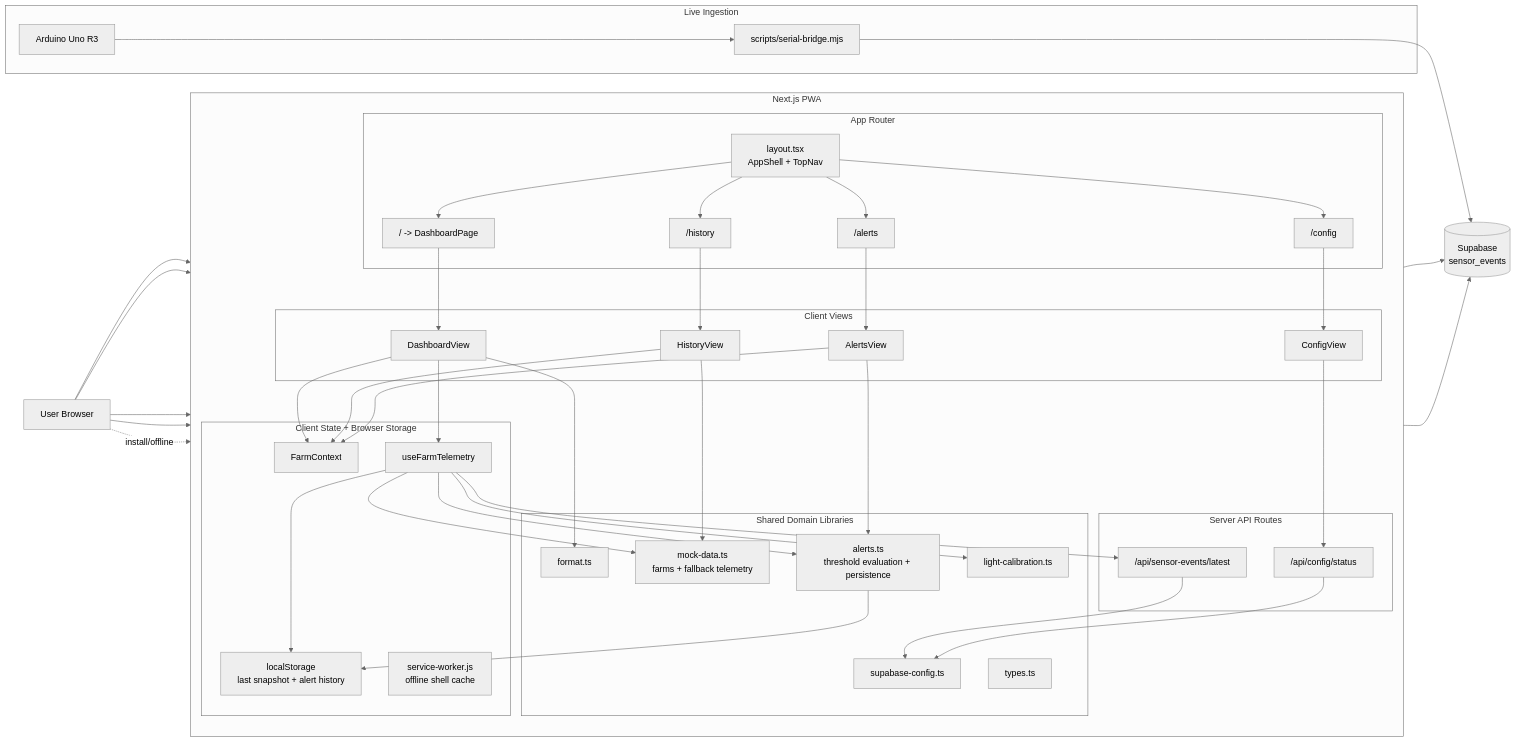
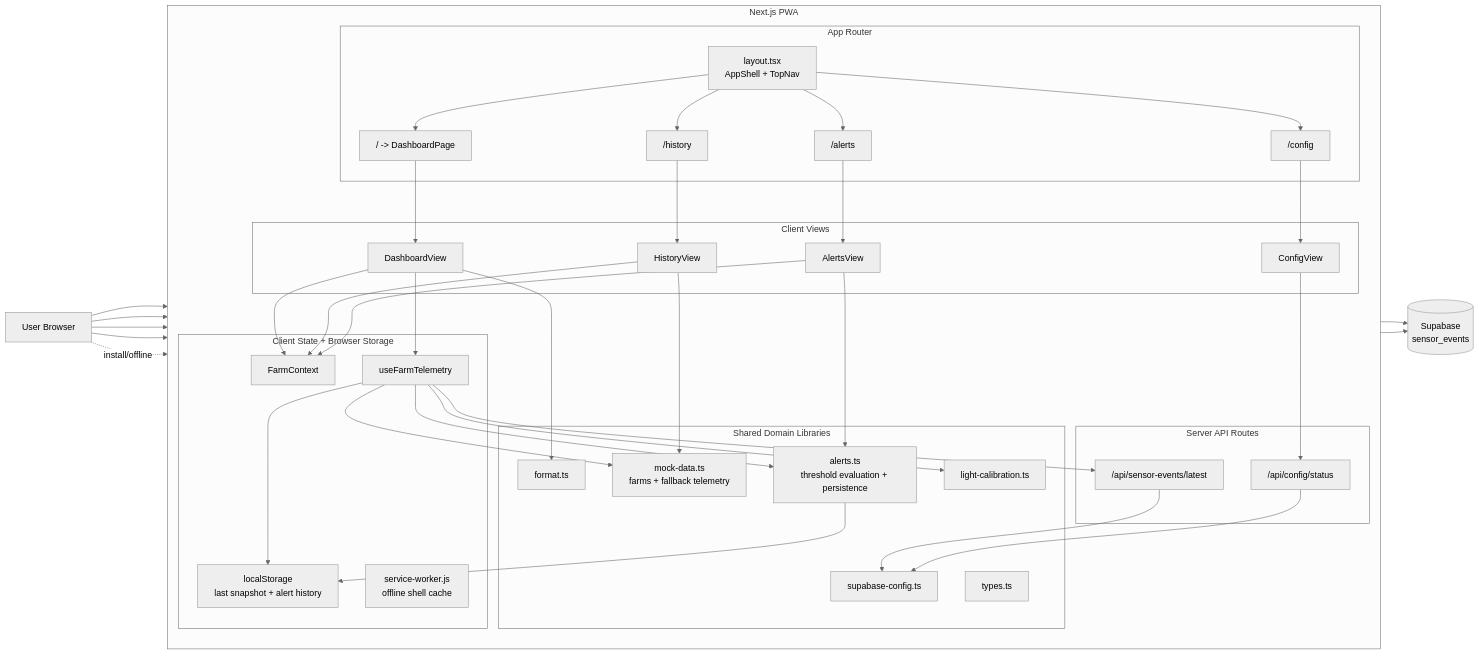
One commit to Ca1eb9/verdant-os changed the first of 2 diagrams in web/docs/uml.md. Above: the diagram before and after it, drawn with Mermaid (neutral theme). The commit also changed other lines of this file and 23 other files, not shown here.

````diff
--- a/web/docs/uml.md
+++ b/web/docs/uml.md
@@ -48,11 +53,6 @@
         end
     end
 
-    subgraph Ingestion[Live Ingestion]
-        Arduino["Arduino Uno R3"]
-        Bridge["scripts/serial-bridge.mjs"]
-    end
-
     DB[(Supabase\nsensor_events)]
 
     User --> DashboardPage
@@ -92,8 +92,5 @@
     LatestRoute --> DB
     StatusRoute --> DB
 
-    Arduino --> Bridge
-    Bridge --> DB
-
     User -. install/offline .-> ServiceWorker
 ```
````
